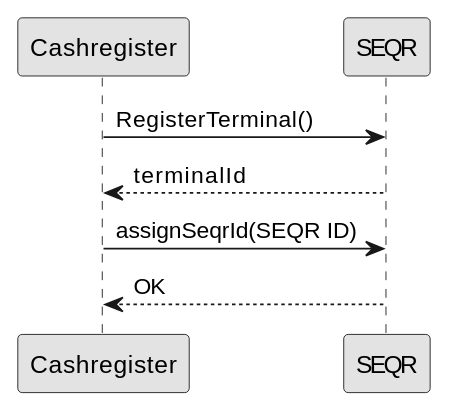
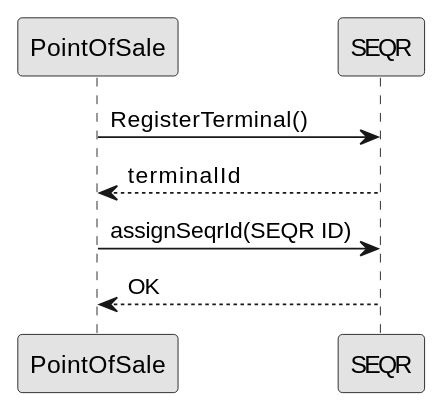
Before and after one commit to SeamlessDistribution/SeamlessDistribution.github.io: the diagram in merchant/pos/index.md, drawn with PlantUML. The commit also changed other lines of this file and 2 other files, not shown here.

```diff
--- a/merchant/pos/index.md
+++ b/merchant/pos/index.md
@@ -72,7 +72,7 @@
 @startuml
 skinparam monochrome true
-Cashregister->SEQR:RegisterTerminal()
-SEQR-->Cashregister: terminalId
-Cashregister->SEQR: assignSeqrId(SEQR ID)
-SEQR-->Cashregister: OK
+PointOfSale->SEQR:RegisterTerminal()
+SEQR-->PointOfSale: terminalId
+PointOfSale->SEQR: assignSeqrId(SEQR ID)
+SEQR-->PointOfSale: OK
 @enduml
```
